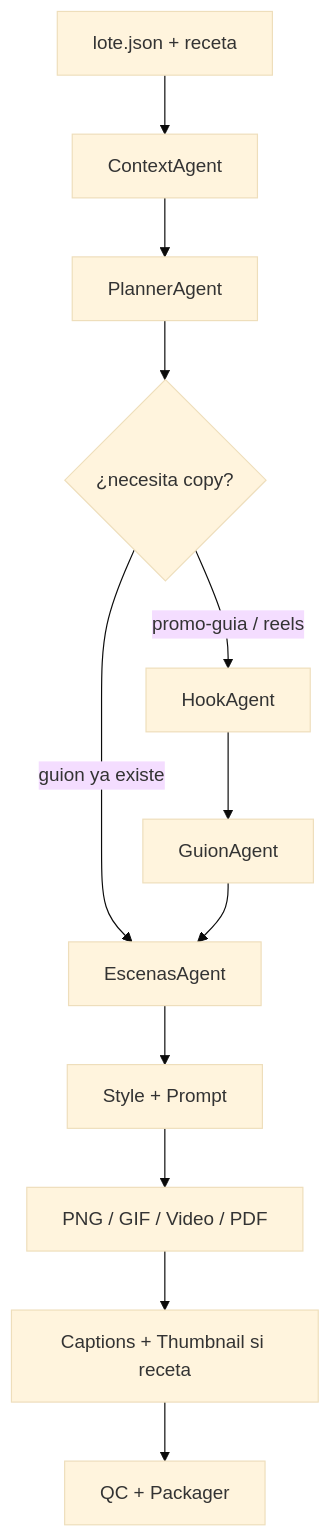
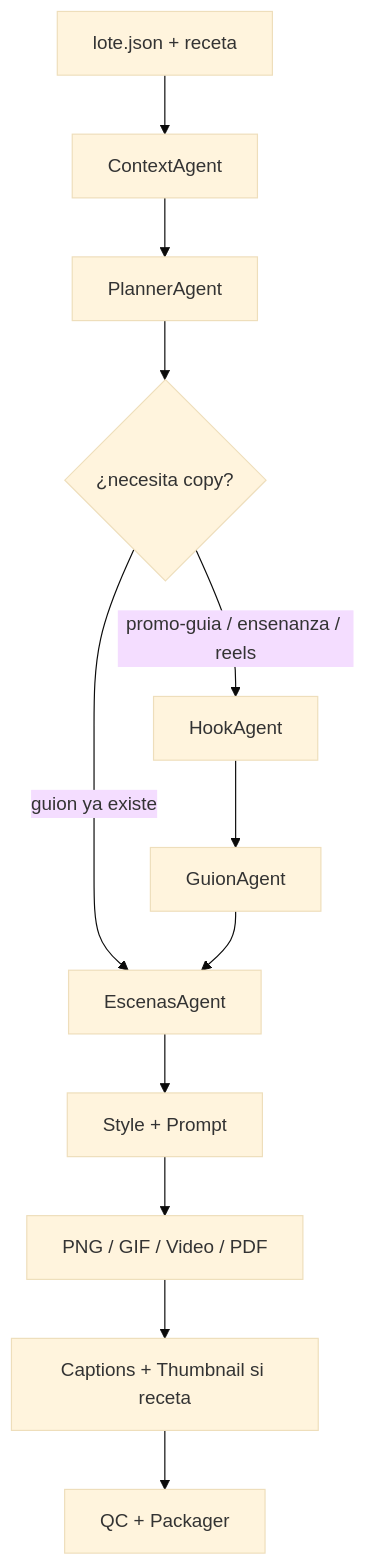
One commit to yoryo885/cursorprime changed the diagram in creador de contenido/PROYECTO.md. Above: the diagram before and after it, drawn with Mermaid (base theme). The commit also changed other lines of this file and 52 other files, not shown here.

````diff
--- a/creador de contenido/PROYECTO.md
+++ b/creador de contenido/PROYECTO.md
@@ -48,14 +54,14 @@
 ```mermaid
 flowchart TD
   A[lote.json + receta] --> B[ContextAgent]
   B --> C[PlannerAgent]
   C --> D{¿necesita copy?}
-  D -->|promo-guia / reels| E[HookAgent]
+  D -->|promo-guia / ensenanza / reels| E[HookAgent]
   E --> F[GuionAgent]
   D -->|guion ya existe| G[EscenasAgent]
   F --> G
   G --> H[Style + Prompt]
   H --> I[PNG / GIF / Video / PDF]
   I --> J[Captions + Thumbnail si receta]
   J --> K[QC + Packager]
 ```
````
